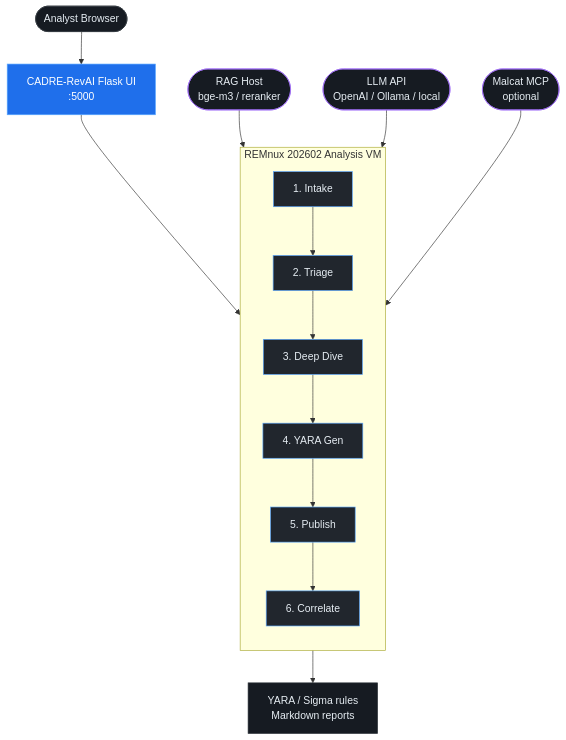
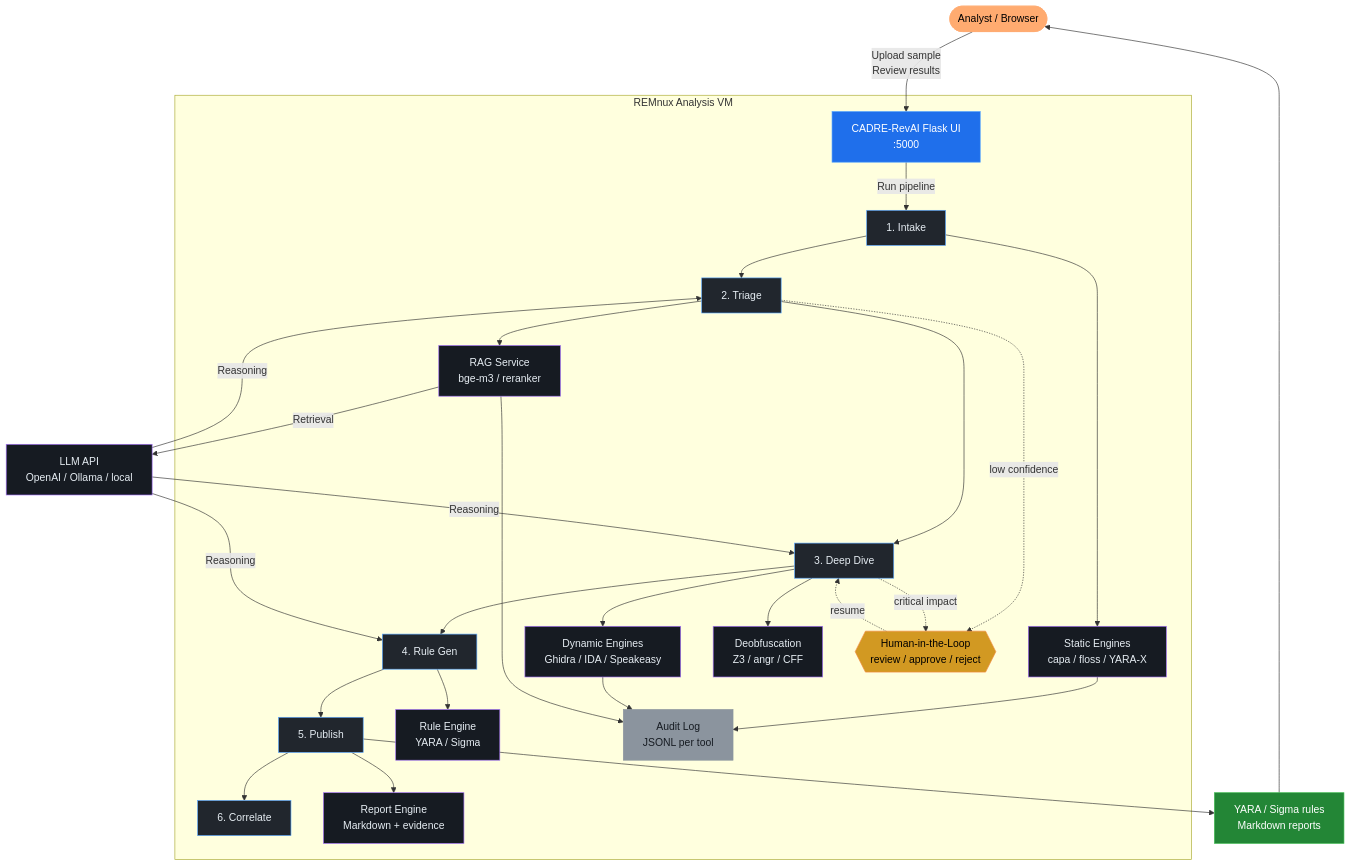
The diagram in README.md (Ganron007/RevAI), drawn with Mermaid before and after one commit.

Commit message:
Improve README architecture diagram with clearer pipeline, engines, HITL and audit layers

````diff
--- a/README.md
+++ b/README.md
@@ -50,22 +50,47 @@
 ```mermaid
-flowchart TB
-    classDef default fill:#161b22,stroke:#30363d,color:#e6edf3
+graph TD
+    classDef analyst fill:#ffab70,stroke:#ffab70,color:#000
     classDef ui fill:#1f6feb,stroke:#58a6ff,color:#fff
     classDef stage fill:#21262d,stroke:#58a6ff,color:#e6edf3
-    classDef external fill:#161b22,stroke:#a371f7,color:#e6edf3
+    classDef engine fill:#161b22,stroke:#a371f7,color:#e6edf3
+    classDef hitl fill:#d29922,stroke:#f0883e,color:#000
+    classDef output fill:#238636,stroke:#3fb950,color:#fff
+    classDef audit fill:#8b949e,stroke:#8b949e,color:#161b22
 
-    Analyst([Analyst Browser]) --> UI[CADRE-RevAI Flask UI<br/>:5000]:::ui
+    Analyst([Analyst / Browser]):::analyst -->|Upload sample<br/>Review results| UI[CADRE-RevAI Flask UI<br/>:5000]:::ui
 
-    subgraph REMnux [REMnux 202602 Analysis VM]
-        direction TB
-        S1[1. Intake]:::stage --> S2[2. Triage]:::stage --> S3[3. Deep Dive]:::stage --> S4[4. YARA Gen]:::stage --> S5[5. Publish]:::stage --> S6[6. Correlate]:::stage
+    subgraph REMnux [REMnux Analysis VM]
+        UI -->|Run pipeline| Intake
+
+        Intake[1. Intake]:::stage --> Triage[2. Triage]:::stage --> DeepDive[3. Deep Dive]:::stage --> RuleGen[4. Rule Gen]:::stage --> Publish[5. Publish]:::stage --> Correlate[6. Correlate]:::stage
+
+        %% Analysis engines %%
+        Intake --> StaticEngine[Static Engines<br/>capa / floss / YARA-X]:::engine
+        Triage --> RAGEngine[RAG Service<br/>bge-m3 / reranker]:::engine
+        DeepDive --> DynamicEngine[Dynamic Engines<br/>Ghidra / IDA / Speakeasy]:::engine
+        DeepDive --> DeobfEngine[Deobfuscation<br/>Z3 / angr / CFF]:::engine
+        RuleGen --> RuleEngine[Rule Engine<br/>YARA / Sigma]:::engine
+        Publish --> ReportEngine[Report Engine<br/>Markdown + evidence]:::engine
+
+        %% Human-in-the-loop gates %%
+        HITL{{Human-in-the-Loop<br/>review / approve / reject}}:::hitl
+        Triage -.->|low confidence| HITL
+        DeepDive -.->|critical impact| HITL
+        HITL -.->|resume| DeepDive
+
+        %% Audit trail %%
+        Audit[Audit Log<br/>JSONL per tool]:::audit
+        StaticEngine --> Audit
+        DynamicEngine --> Audit
+        RAGEngine --> Audit
     end
 
-    UI --> REMnux
+    %% External reasoning backend %%
+    RAGEngine -->|Retrieval| LLM[LLM API<br/>OpenAI / Ollama / local]:::engine
+    LLM -->|Reasoning| Triage
+    LLM -->|Reasoning| DeepDive
+    LLM -->|Reasoning| RuleGen
 
-    RAG([RAG Host<br/>bge-m3 / reranker]):::external --> REMnux
-    LLM([LLM API<br/>OpenAI / Ollama / local]):::external --> REMnux
-    Malcat([Malcat MCP<br/>optional]):::external --> REMnux
-
-    REMnux --> Output[YARA / Sigma rules<br/>Markdown reports]
+    Publish --> Output[YARA / Sigma rules<br/>Markdown reports]:::output
+    Output --> Analyst
 ```
````
